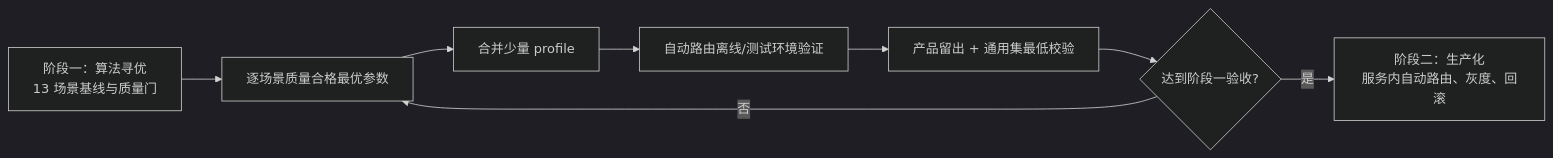
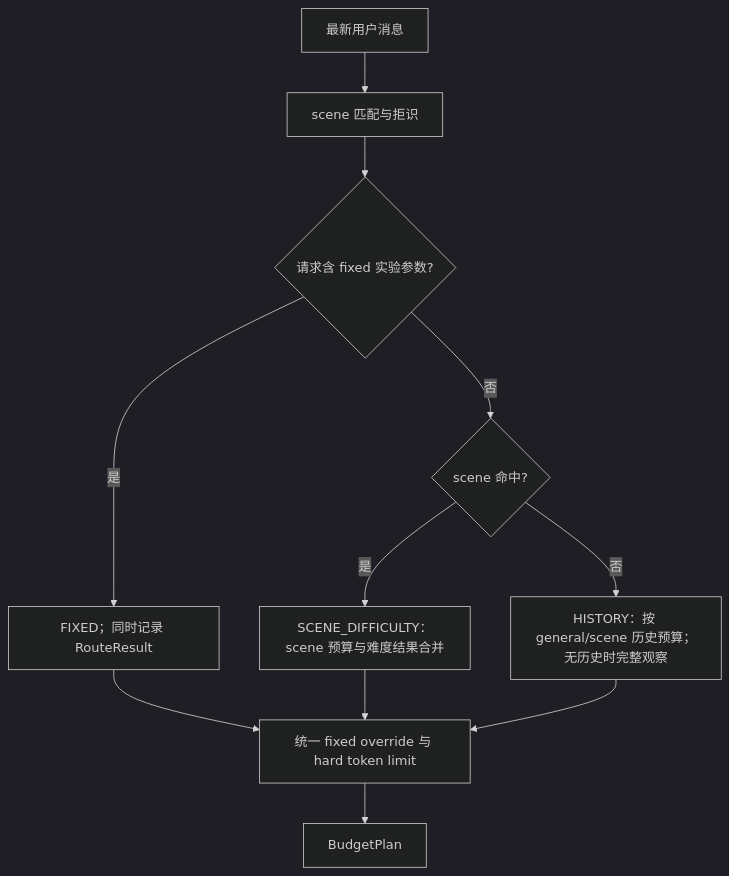
The diagram in docs/design/think_budget_generalization_plan.md (F00L42/TB), drawn with Mermaid (dark theme) before and after one commit. The commit also changed other lines of this file and 23 other files, not shown here.

````diff
--- a/docs/design/think_budget_generalization_plan.md
+++ b/docs/design/think_budget_generalization_plan.md
@@ -76,10 +204,13 @@
 ```mermaid
-flowchart LR
-    A["阶段一：算法寻优<br/>13 场景基线与质量门"] --> B["逐场景质量合格最优参数"]
-    B --> C["合并少量 profile"]
-    C --> D["自动路由离线/测试环境验证"]
-    D --> E["产品留出 + 通用集最低校验"]
-    E --> F{"达到阶段一验收?"}
-    F -- 否 --> B
-    F -- 是 --> G["阶段二：生产化<br/>服务内自动路由、灰度、回滚"]
+flowchart TD
+    A["最新用户消息"] --> B["scene 匹配与拒识"]
+    B --> C{"请求含 fixed 实验参数?"}
+    C -- "是" --> D["FIXED；同时记录 RouteResult"]
+    C -- "否" --> E{"scene 命中?"}
+    E -- "是" --> F["SCENE_DIFFICULTY：scene 预算与难度结果合并"]
+    E -- "否" --> G["HISTORY：按 general/scene 历史预算；无历史时完整观察"]
+    D --> H["统一 fixed override 与 hard token limit"]
+    F --> H
+    G --> H
+    H --> I["BudgetPlan"]
 ```
````
